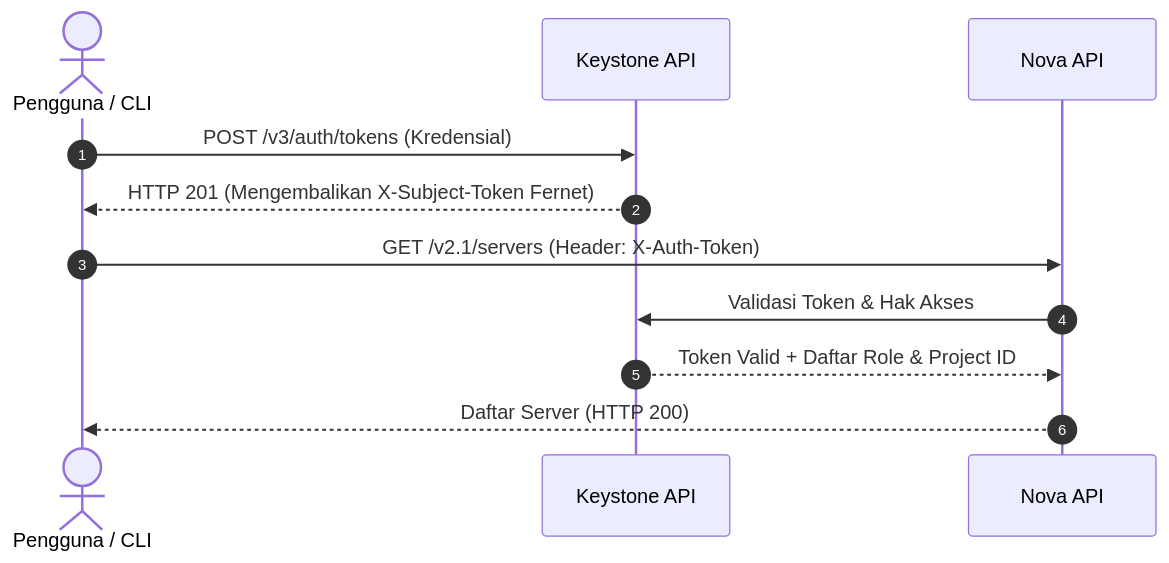
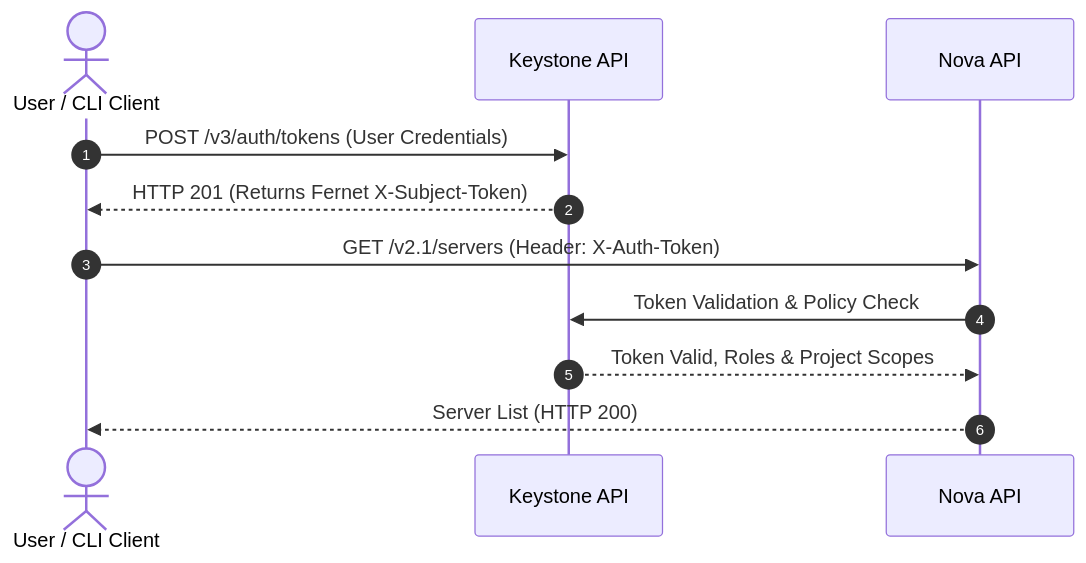
The diagram in keystone.md (AbyanDimas/Opentack-Research), drawn with Mermaid before and after one commit. The commit also changed other lines of this file and 12 other files, not shown here.

````diff
--- a/keystone.md
+++ b/keystone.md
@@ -21,14 +20,14 @@
 ```mermaid
 sequenceDiagram
     autonumber
-    actor User as Pengguna / CLI
+    actor User as User / CLI Client
     participant KS as Keystone API
     participant Nova as Nova API
     
-    User->>KS: POST /v3/auth/tokens (Kredensial)
-    KS-->>User: HTTP 201 (Mengembalikan X-Subject-Token Fernet)
+    User->>KS: POST /v3/auth/tokens (User Credentials)
+    KS-->>User: HTTP 201 (Returns Fernet X-Subject-Token)
     User->>Nova: GET /v2.1/servers (Header: X-Auth-Token)
-    Nova->>KS: Validasi Token & Hak Akses
-    KS-->>Nova: Token Valid + Daftar Role & Project ID
-    Nova-->>User: Daftar Server (HTTP 200)
+    Nova->>KS: Token Validation & Policy Check
+    KS-->>Nova: Token Valid, Roles & Project Scopes
+    Nova-->>User: Server List (HTTP 200)
 ```
````
